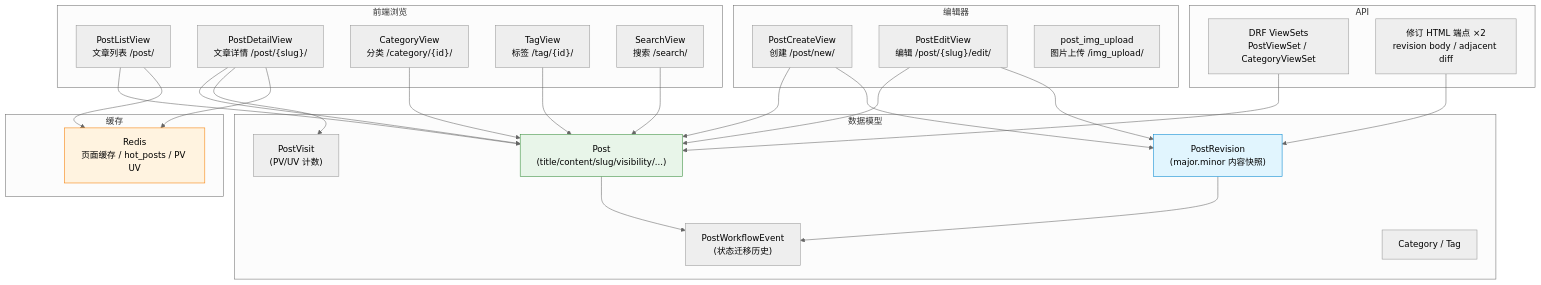
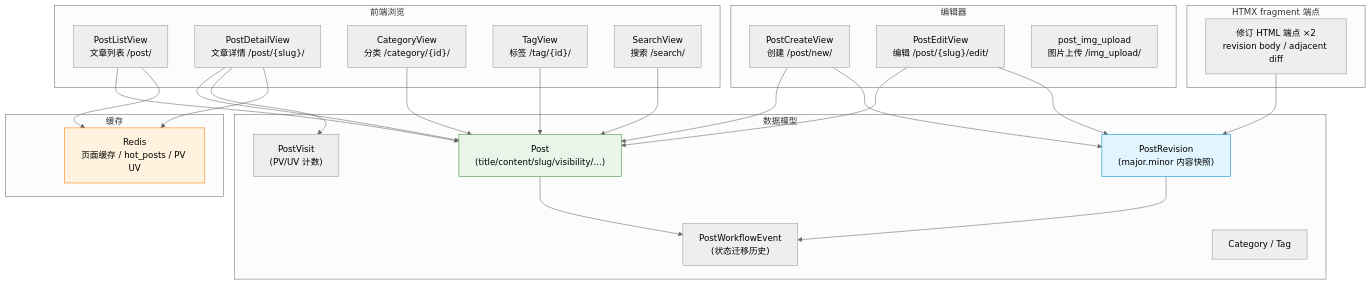
Before and after one commit to se-veN714/PowerAdapterBlogs: the first of 8 diagrams in Blogs/DEVELOPMENT.md, drawn with Mermaid (neutral theme). The commit also changed other lines of this file and 18 other files, not shown here.

````diff
--- a/Blogs/DEVELOPMENT.md
+++ b/Blogs/DEVELOPMENT.md
@@ -56,57 +57,55 @@
 ```mermaid
 flowchart TD
     subgraph frontend["前端浏览"]
         LIST["PostListView<br/>文章列表 /post/"]
         DETAIL["PostDetailView<br/>文章详情 /post/{slug}/"]
         CATE["CategoryView<br/>分类 /category/{id}/"]
         TAGV["TagView<br/>标签 /tag/{id}/"]
         SEARCH["SearchView<br/>搜索 /search/"]
     end
 
     subgraph editor["编辑器"]
         CREATE["PostCreateView<br/>创建 /post/new/"]
         EDIT["PostEditView<br/>编辑 /post/{slug}/edit/"]
         IMG["post_img_upload<br/>图片上传 /img_upload/"]
     end
 
-    subgraph api["API"]
-        DRF["DRF ViewSets<br/>PostViewSet / CategoryViewSet"]
+    subgraph fragments["HTMX fragment 端点"]
         REV_API["修订 HTML 端点 ×2<br/>revision body / adjacent diff"]
     end
 
     subgraph models["数据模型"]
         POST["Post<br/>(title/content/slug/visibility/...)"]
         REV["PostRevision<br/>(major.minor 内容快照)"]
         EVENT["PostWorkflowEvent<br/>(状态迁移历史)"]
         VISIT["PostVisit<br/>(PV/UV 计数)"]
         CAT["Category / Tag"]
     end
 
     subgraph cache["缓存"]
         REDIS["Redis<br/>页面缓存 / hot_posts / PV UV"]
     end
 
     LIST --> POST
     DETAIL --> POST
     DETAIL --> VISIT
     CATE --> POST
     TAGV --> POST
     SEARCH --> POST
 
     CREATE --> POST
     CREATE --> REV
     EDIT --> POST
     EDIT --> REV
     POST --> EVENT
     REV --> EVENT
 
-    DRF --> POST
     REV_API --> REV
 
     LIST --> REDIS
     DETAIL --> REDIS
 
     style POST fill:#e8f5e9,stroke:#388e3c
     style REV fill:#e1f5fe,stroke:#0288d1
     style REDIS fill:#fff3e0,stroke:#f57c00
 ```
````
